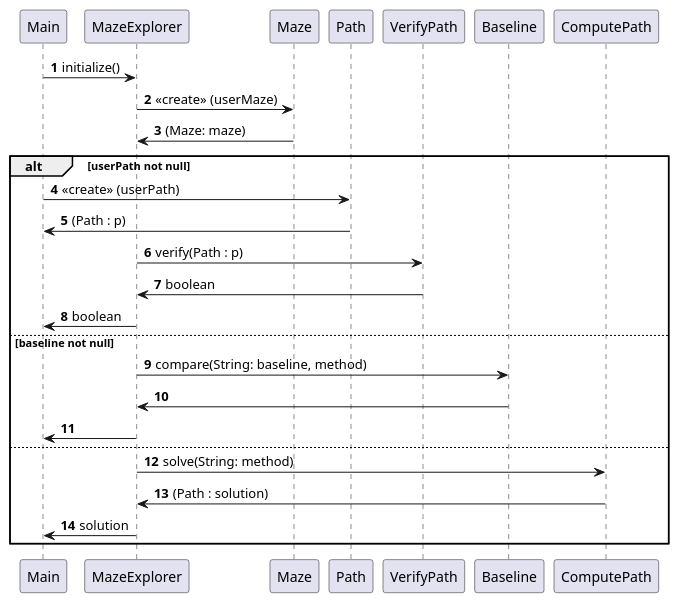
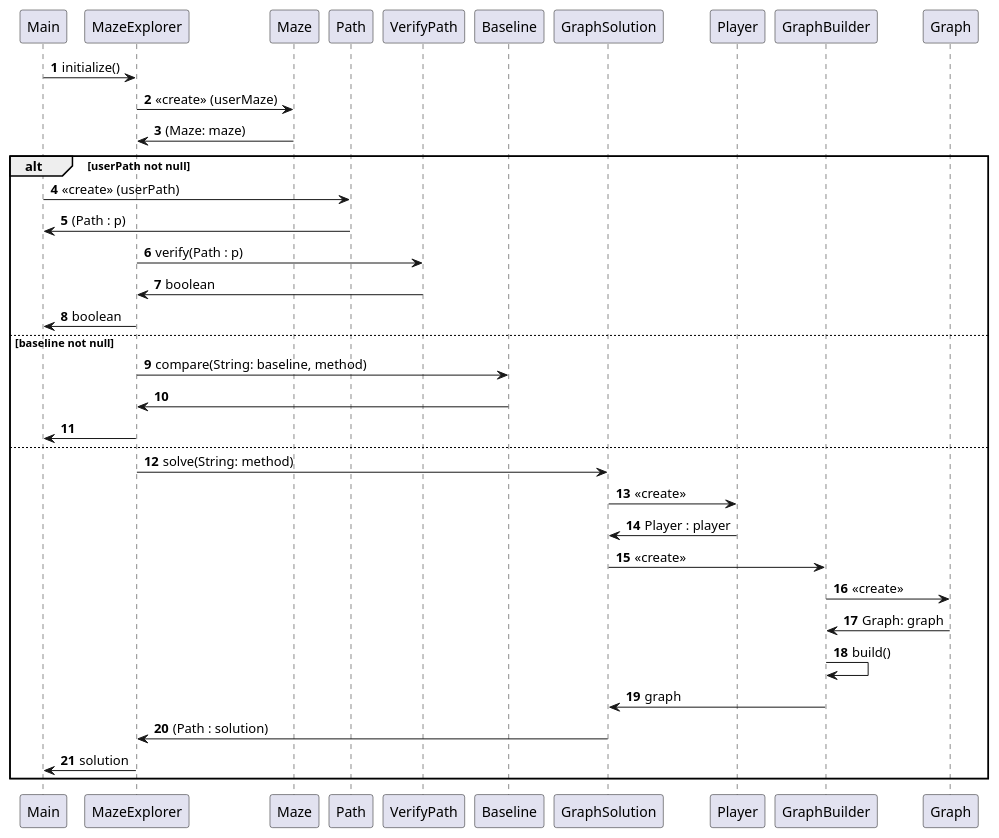
The diagram in uml/Flow.puml (2AA4-W24/a3-maze-runner-take-two-jjustin-k), drawn with PlantUML before and after one commit. The commit also changed other lines of this file and 6 other files, not shown here.

```diff
--- a/uml/Flow.puml
+++ b/uml/Flow.puml
@@ -1,38 +1,50 @@
 @startuml
 'https://plantuml.com/sequence-diagram
 
 autonumber
 
 Main -> MazeExplorer: initialize()
 MazeExplorer -> Maze: <<create>> (userMaze)
 Maze -> MazeExplorer: (Maze: maze)
 
 
 alt userPath not null
 
 Main -> Path: <<create>> (userPath)
 
 Path -> Main: (Path : p)
 
 MazeExplorer -> VerifyPath: verify(Path : p)
 VerifyPath -> MazeExplorer: boolean
 MazeExplorer -> Main: boolean
 
 else baseline not null
 
 MazeExplorer -> Baseline: compare(String: baseline, method)
 
 Baseline -> MazeExplorer
 MazeExplorer -> Main
 
 else
 
-MazeExplorer -> ComputePath: solve(String: method)
-ComputePath -> MazeExplorer: (Path : solution)
+MazeExplorer -> GraphSolution: solve(String: method)
+GraphSolution -> Player : <<create>>
+Player -> GraphSolution : Player : player
+GraphSolution -> GraphBuilder: <<create>>
+
+GraphBuilder -> Graph: <<create>>
+Graph -> GraphBuilder: Graph: graph
+GraphBuilder -> GraphBuilder: build()
+
+GraphBuilder -> GraphSolution: graph
+
+
+
+GraphSolution -> MazeExplorer: (Path : solution)
 MazeExplorer -> Main: solution
 
 
 end
 
 
 @enduml
```
